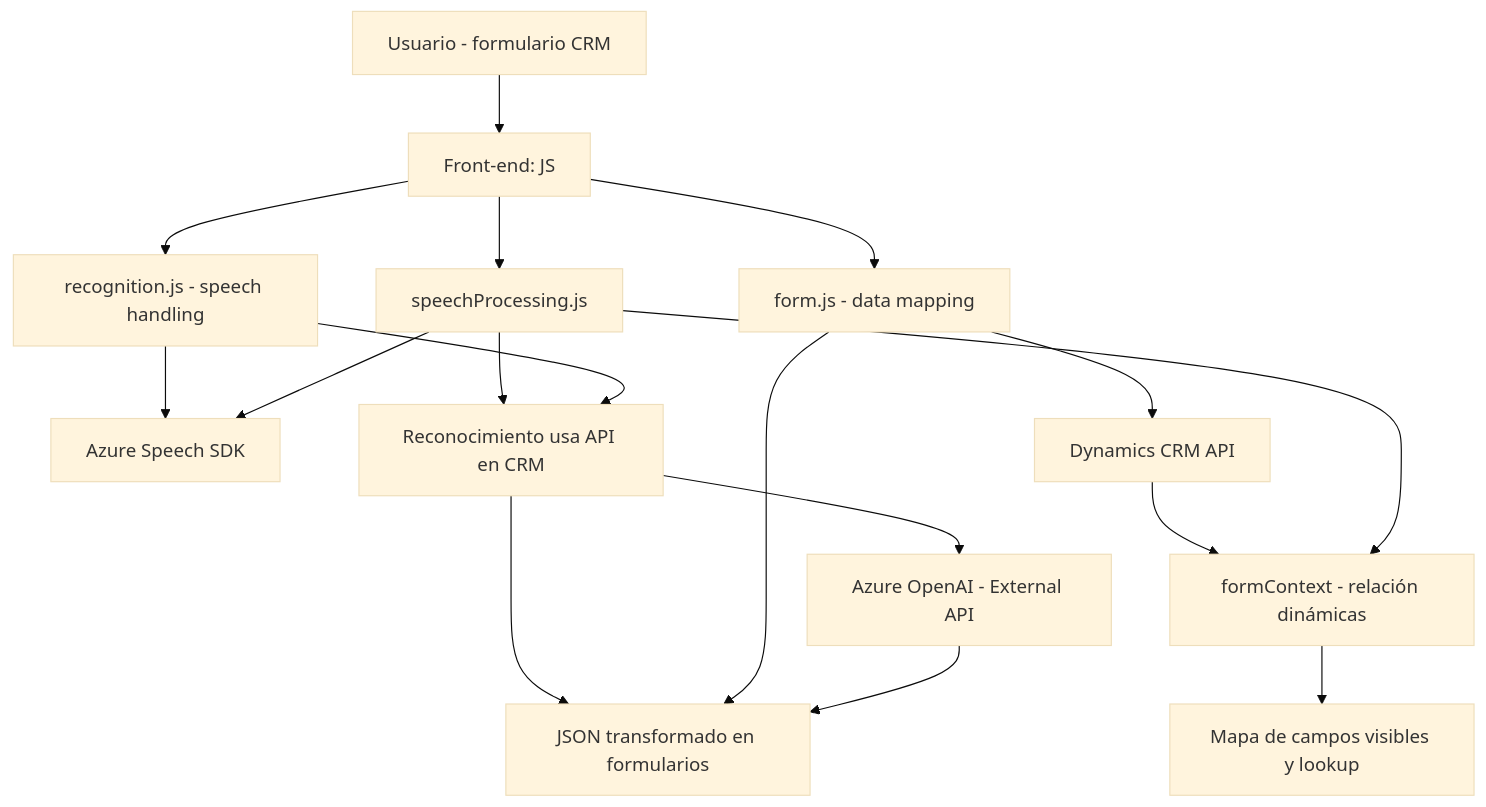
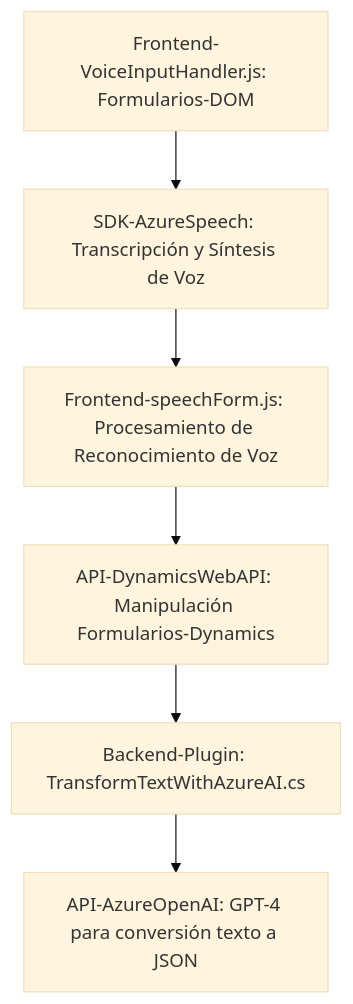
One commit to blopezdm/NETCORE_BILBAO2025 changed the diagram in README.md. Above: the diagram before and after it, drawn with Mermaid (base theme). The commit also changed other lines of this file, not shown here.

````diff
--- a/README.md
+++ b/README.md
@@ -59,19 +45,15 @@
 ```mermaid
 graph TD
-    A["Usuario - formulario CRM"] --> B["Front-end: JS"]
-    B --> C["recognition.js - speech handling"]
-    B --> D["form.js - data mapping"]
-    C --> E["Azure Speech SDK"]
-    D --> F["Dynamics CRM API"]
-    F --> G["formContext - relación dinámicas"]
-    B --> H["speechProcessing.js"]
-    H --> E
-    H --> I["Custom API Dynamics CRM"]
-    I --> J["Azure OpenAI - External API"]
-    I --> K["DB Dynamics CRM - guardar datos"]
-    D --> K
-    C --> I["Reconocimiento usa API en CRM"]
-    J --> K["JSON transformado en formularios"]
-    H --> G
-    G --> L["Mapa de campos visibles y lookup"]
+    A["Frontend-VoiceInputHandler.js: Formularios-DOM"]
+    B["SDK-AzureSpeech: Transcripción y Síntesis de Voz"]
+    C["Frontend-speechForm.js: Procesamiento de Reconocimiento de Voz"]
+    D["API-DynamicsWebAPI: Manipulación Formularios-Dynamics"]
+    E["Backend-Plugin: TransformTextWithAzureAI.cs"]
+    F["API-AzureOpenAI: GPT-4 para conversión texto a JSON"]
+
+    A-->B
+    B-->C
+    C-->D
+    D-->E
+    E-->F
 ```
````
